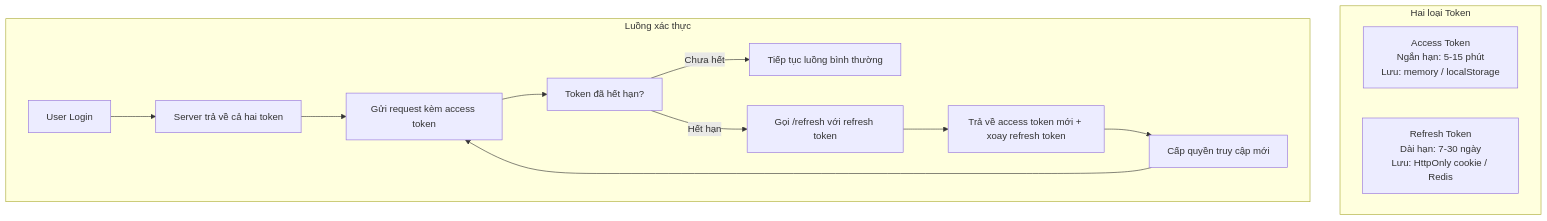
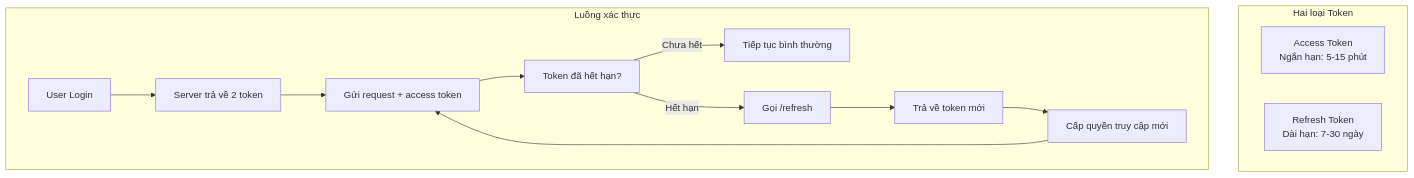
Before and after one commit to Mrnobody102/it-interview-prep: the third of 7 diagrams in src/content/vi/backend/spring-boot/security.md, drawn with Mermaid. The commit also changed other lines of this file and 5 other files, not shown here.

````diff
--- a/src/content/vi/backend/spring-boot/security.md
+++ b/src/content/vi/backend/spring-boot/security.md
@@ -301,22 +301,22 @@
 ```mermaid
 flowchart TD
     subgraph Tokens["Hai loại Token"]
-        AT["Access Token<br>Ngắn hạn: 5-15 phút<br>Lưu: memory / localStorage"]
-        RT["Refresh Token<br>Dài hạn: 7-30 ngày<br>Lưu: HttpOnly cookie / Redis"]
+        AT["Access Token<br>Ngắn hạn: 5-15 phút"]
+        RT["Refresh Token<br>Dài hạn: 7-30 ngày"]
     end
 
     subgraph Flow["Luồng xác thực"]
         L1["User Login"]
-        L2["Server trả về cả hai token"]
-        L3["Gửi request kèm access token"]
+        L2["Server trả về 2 token"]
+        L3["Gửi request + access token"]
         L4["Token đã hết hạn?"]
-        L5["Gọi /refresh với refresh token"]
-        L6["Trả về access token mới + xoay refresh token"]
+        L5["Gọi /refresh"]
+        L6["Trả về token mới"]
         L7["Cấp quyền truy cập mới"]
-        L8["Tiếp tục luồng bình thường"]
+        L8["Tiếp tục bình thường"]
     end
 
     L1 --> L2 --> L3 --> L4
     L4 -->|Chưa hết| L8
     L4 -->|Hết hạn| L5 --> L6 --> L7 --> L3
 ```
````
